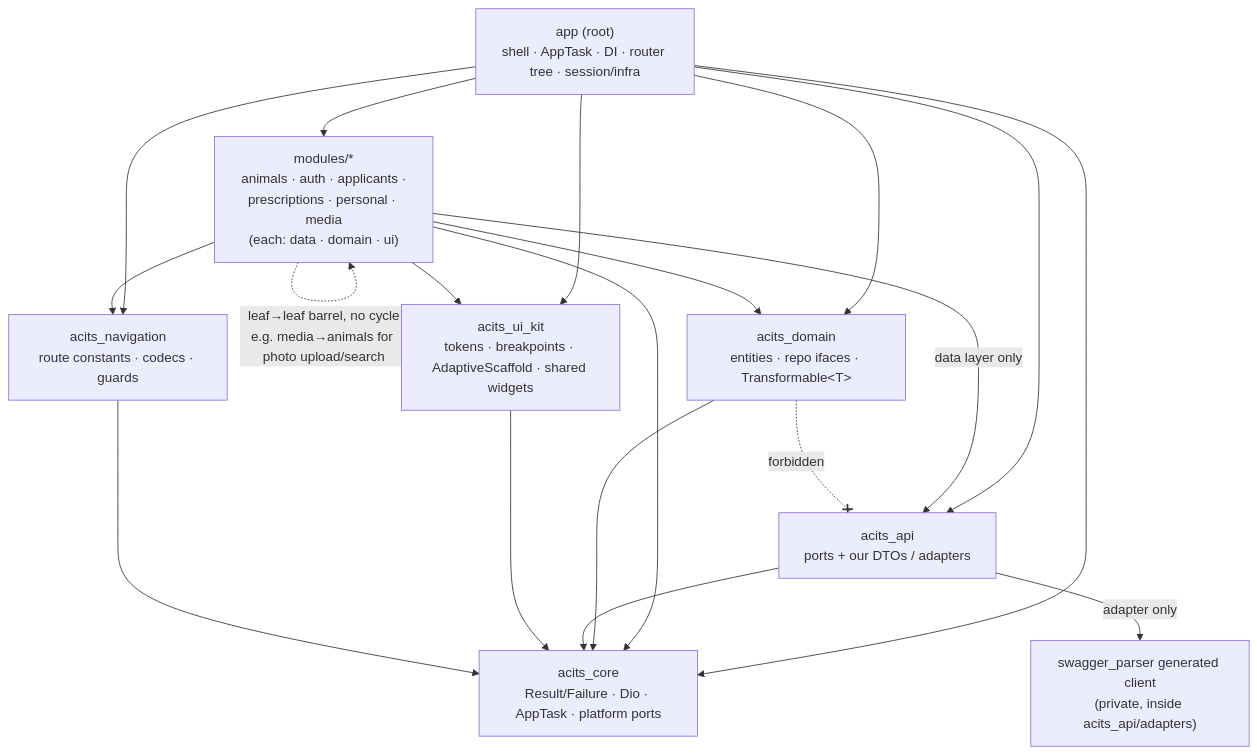
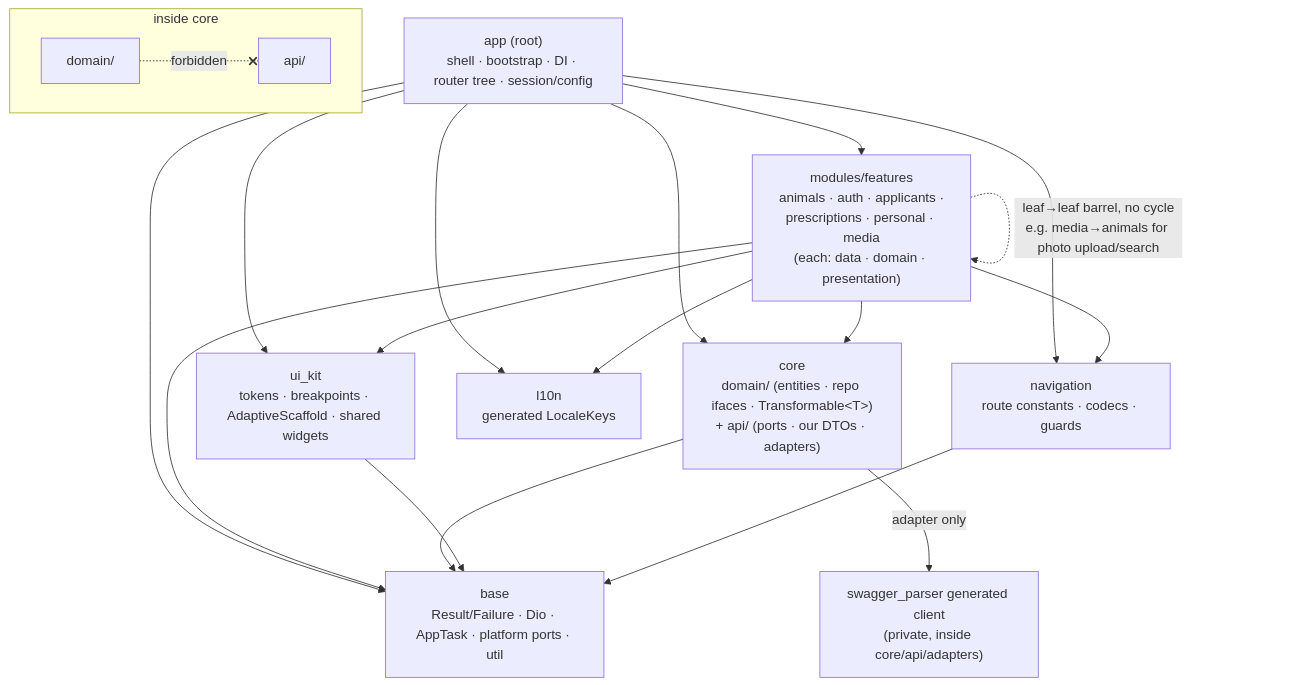
One commit to aiserrock/acits-flutter changed the first of 2 diagrams in ARCHITECTURE.md. Above: the diagram before and after it, drawn with Mermaid. The commit also changed other lines of this file and 68 other files, not shown here.

````diff
--- a/ARCHITECTURE.md
+++ b/ARCHITECTURE.md
@@ -60,33 +69,36 @@
 ```mermaid
 graph TD
-    app["app (root)<br/>shell · AppTask · DI · router tree · session/infra"]
-    features["modules/*<br/>animals · auth · applicants ·<br/>prescriptions · personal · media<br/>(each: data · domain · ui)"]
-    core["acits_core<br/>Result/Failure · Dio · AppTask · platform ports"]
-    domain["acits_domain<br/>entities · repo ifaces · Transformable&lt;T&gt;"]
-    api["acits_api<br/>ports + our DTOs / adapters"]
-    uikit["acits_ui_kit<br/>tokens · breakpoints · AdaptiveScaffold · shared widgets"]
-    nav["acits_navigation<br/>route constants · codecs · guards"]
-    gen["swagger_parser generated client<br/>(private, inside acits_api/adapters)"]
+    app["app (root)<br/>shell · bootstrap · DI · router tree · session/config"]
+    features["modules/features<br/>animals · auth · applicants ·<br/>prescriptions · personal · media<br/>(each: data · domain · presentation)"]
+    base["base<br/>Result/Failure · Dio · AppTask · platform ports · util"]
+    core["core<br/>domain/ (entities · repo ifaces · Transformable&lt;T&gt;)<br/>+ api/ (ports · our DTOs · adapters)"]
+    uikit["ui_kit<br/>tokens · breakpoints · AdaptiveScaffold · shared widgets"]
+    nav["navigation<br/>route constants · codecs · guards"]
+    l10n["l10n<br/>generated LocaleKeys"]
+    gen["swagger_parser generated client<br/>(private, inside core/api/adapters)"]
 
     app --> features
+    app --> base
     app --> core
-    app --> domain
     app --> uikit
     app --> nav
-    app --> api
+    app --> l10n
 
+    features --> base
     features --> core
-    features --> domain
     features --> uikit
     features --> nav
-    features -->|data layer only| api
+    features --> l10n
     features -.->|leaf→leaf barrel, no cycle<br/>e.g. media→animals for photo upload/search| features
 
-    domain --> core
-    api --> core
-    api -->|adapter only| gen
-    uikit --> core
-    nav --> core
+    core --> base
+    core -->|adapter only| gen
+    uikit --> base
+    nav --> base
 
-    domain -. forbidden .-x api
+    subgraph coreInternal["inside core"]
+      coreDomain["domain/"]
+      coreApi["api/"]
+    end
+    coreDomain -. forbidden .-x coreApi
 ```
````
